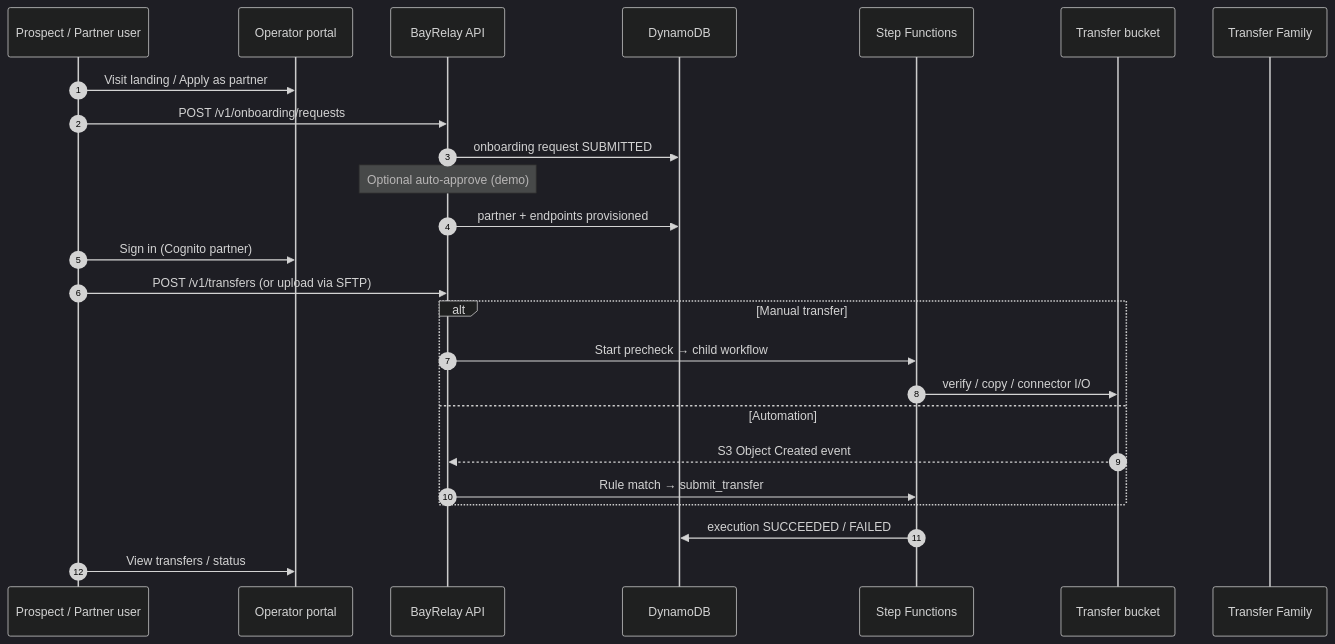
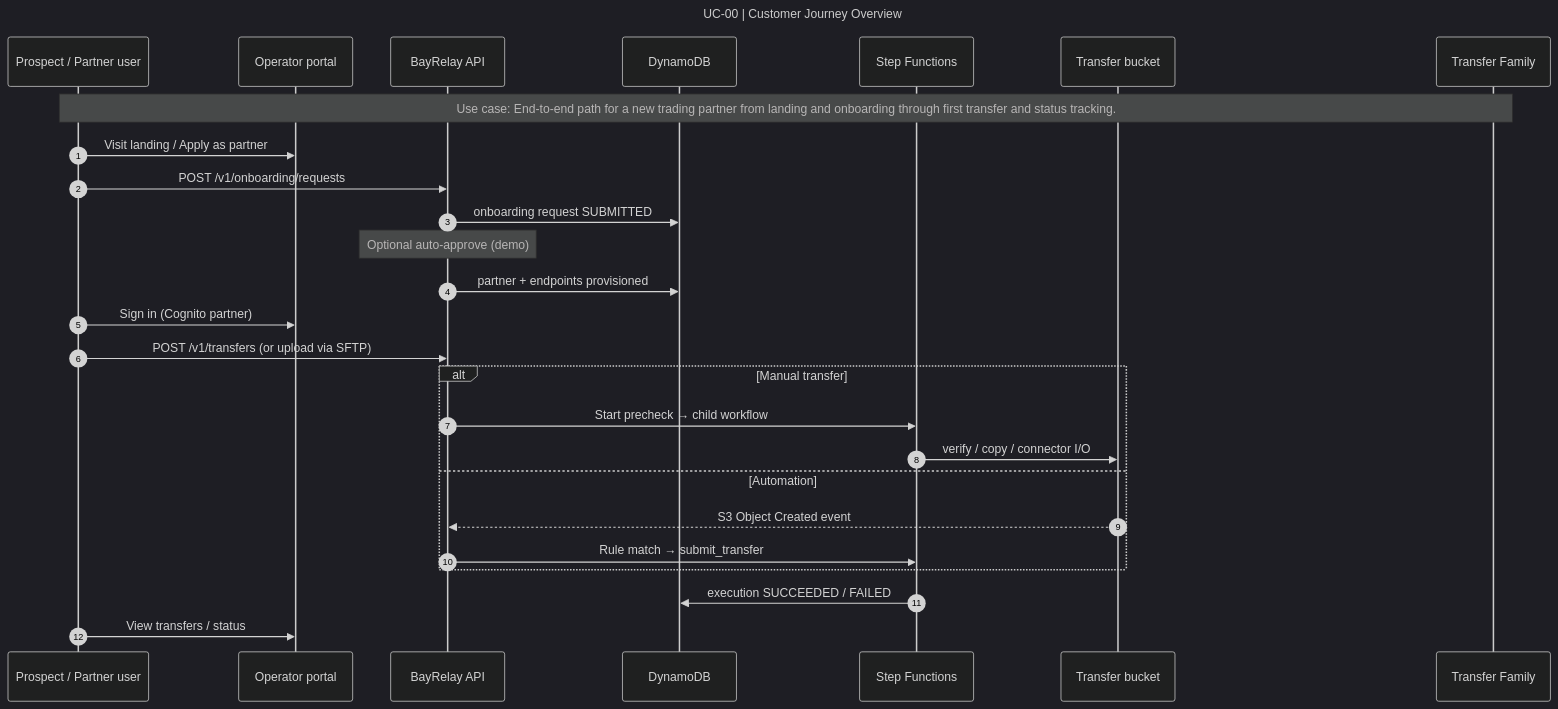
Before and after one commit to bayareala8s/BayRelayAI: the first of 31 diagrams in docs/SEQUENCE_DIAGRAMS.md, drawn with Mermaid (dark theme). The commit also changed other lines of this file and 68 other files, not shown here.

First line of the commit message:
Add title and use-case labels to all sequence diagrams.

````diff
--- a/docs/SEQUENCE_DIAGRAMS.md
+++ b/docs/SEQUENCE_DIAGRAMS.md
@@ -54,29 +56,33 @@
 ```mermaid
+---
+title: UC-00 | Customer Journey Overview
+---
 sequenceDiagram
   autonumber
   participant Prospect as Prospect / Partner user
   participant Portal as Operator portal
   participant API as BayRelay API
   participant DDB as DynamoDB
   participant SFN as Step Functions
   participant S3 as Transfer bucket
   participant SFTP as Transfer Family
+  Note over Prospect,SFTP: Use case: End-to-end path for a new trading partner from landing and onboarding through first transfer and status tracking.
 
   Prospect->>Portal: Visit landing / Apply as partner
   Prospect->>API: POST /v1/onboarding/requests
   API->>DDB: onboarding request SUBMITTED
   Note over API: Optional auto-approve (demo)
   API->>DDB: partner + endpoints provisioned
 
   Prospect->>Portal: Sign in (Cognito partner)
   Prospect->>API: POST /v1/transfers (or upload via SFTP)
   alt Manual transfer
     API->>SFN: Start precheck → child workflow
     SFN->>S3: verify / copy / connector I/O
   else Automation
     S3-->>API: S3 Object Created event
     API->>SFN: Rule match → submit_transfer
   end
   SFN->>DDB: execution SUCCEEDED / FAILED
   Prospect->>Portal: View transfers / status
 ```
````
